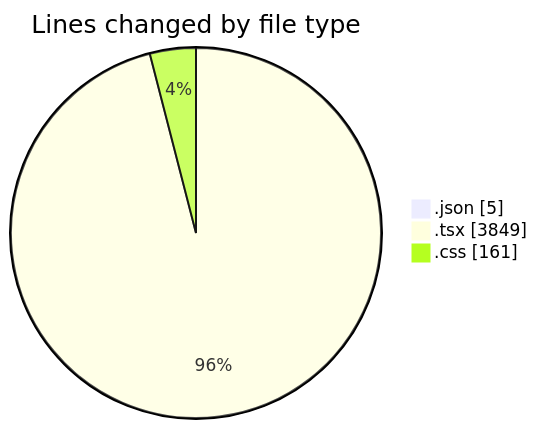
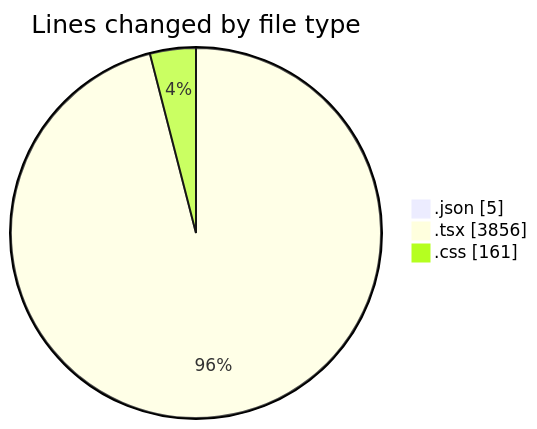
Before and after one commit to Elitesun/code-tracking: the first of 2 diagrams in 2025-05-29/advertise/README.md, drawn with Mermaid. The commit also changed other lines of this file and 1 other file, not shown here.

````diff
--- a/2025-05-29/advertise/README.md
+++ b/2025-05-29/advertise/README.md
@@ -34,7 +34,7 @@
 ```mermaid
 pie showData
 title Lines changed by file type
 ".json" : 5
-".tsx" : 3849
+".tsx" : 3856
 ".css" : 161
 ```
````
